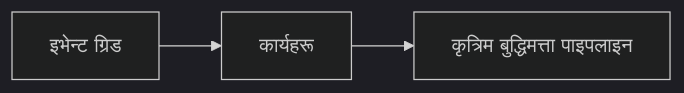
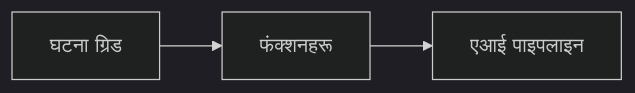
The second of 2 diagrams in translations/ne/docs/chapter-08-production/README.md (microsoft/AZD-for-beginners), drawn with Mermaid (dark theme) before and after one commit. The commit also changed other lines of this file and 62 other files, not shown here.

````diff
--- a/translations/ne/docs/chapter-08-production/README.md
+++ b/translations/ne/docs/chapter-08-production/README.md
@@ -57,4 +57,4 @@
 ```mermaid
 graph LR
-    EventGrid[इभेन्ट ग्रिड] --> Functions[कार्यहरू] --> Pipeline[कृत्रिम बुद्धिमत्ता पाइपलाइन]
+    EventGrid[घटना ग्रिड] --> Functions[फंक्शनहरू] --> Pipeline[एआई पाइपलाइन]
 ```
````
